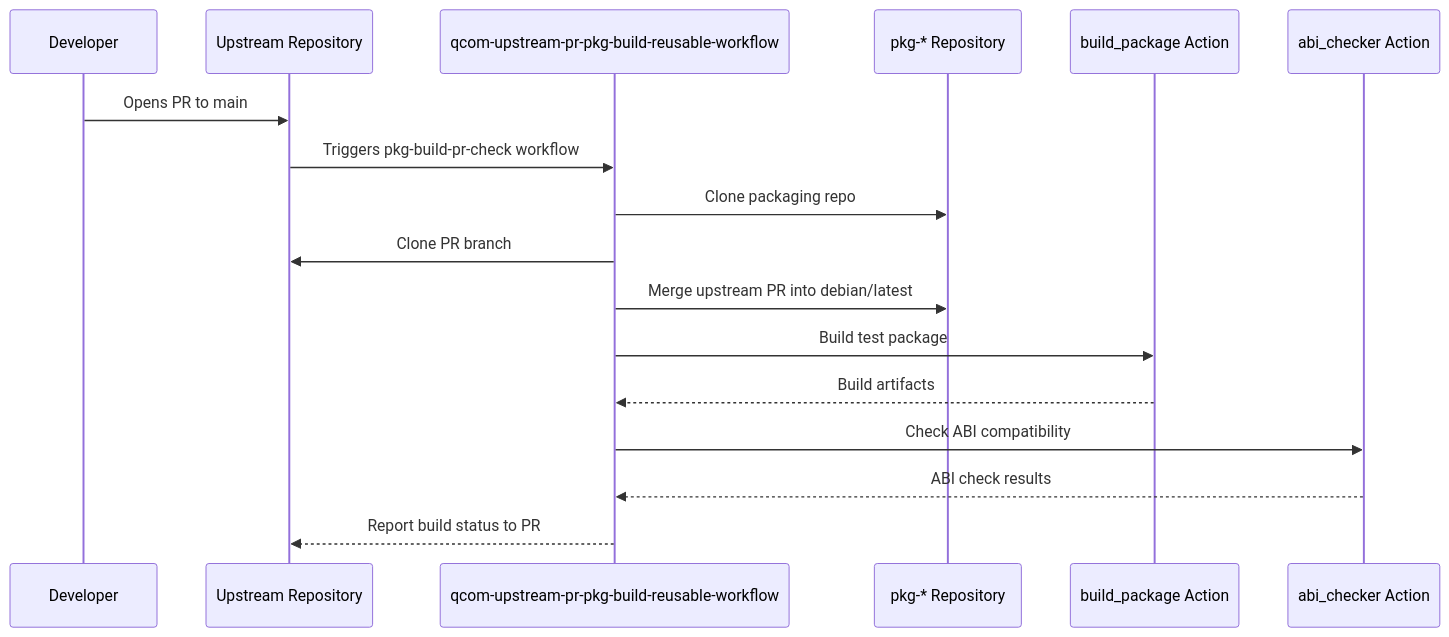
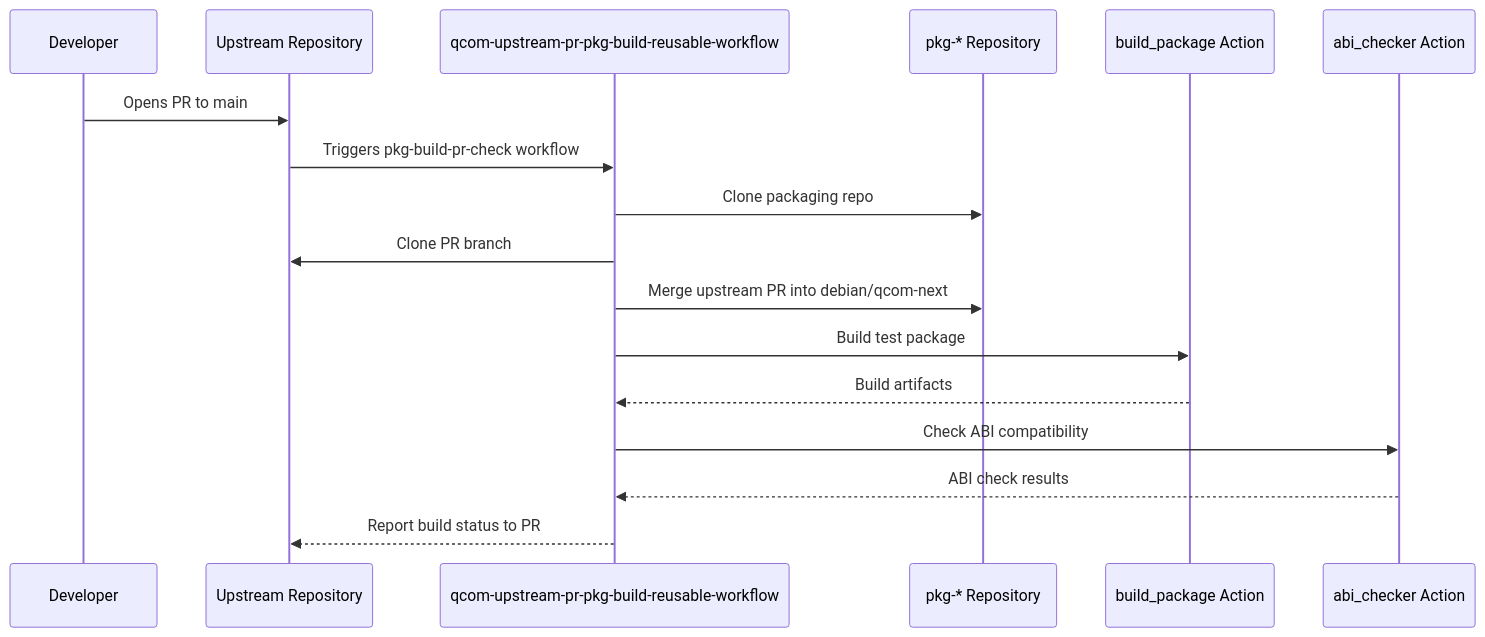
One commit to vemana1niranjan/qcom-build-utils changed the sixth of 7 diagrams in docs/workflow-architecture.md. Above: the diagram before and after it, drawn with Mermaid. The commit also changed other lines of this file and 6 other files, not shown here.

Commit message:
Update references from debian/latest to debian/qcom-next in workflows and documentation

````diff
--- a/docs/workflow-architecture.md
+++ b/docs/workflow-architecture.md
@@ -304,20 +304,20 @@
 ```mermaid
 sequenceDiagram
     participant Dev as Developer
     participant Up as Upstream Repository
     participant RW as qcom-upstream-pr-pkg-build-reusable-workflow
     participant Pkg as pkg-* Repository
     participant Build as build_package Action
     participant ABI as abi_checker Action
     
     Dev->>Up: Opens PR to main
     Up->>RW: Triggers pkg-build-pr-check workflow
     RW->>Pkg: Clone packaging repo
     RW->>Up: Clone PR branch
-    RW->>Pkg: Merge upstream PR into debian/latest
+    RW->>Pkg: Merge upstream PR into debian/qcom-next
     RW->>Build: Build test package
     Build-->>RW: Build artifacts
     RW->>ABI: Check ABI compatibility
     ABI-->>RW: ABI check results
     RW-->>Up: Report build status to PR
 ```
````
